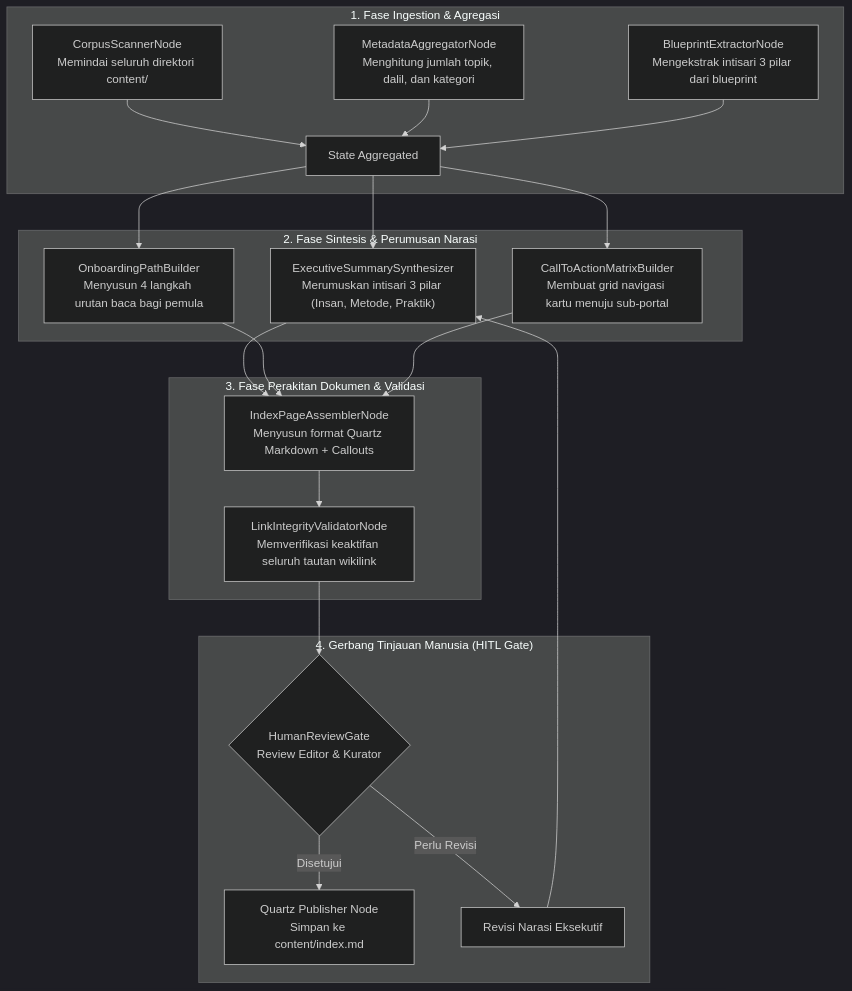
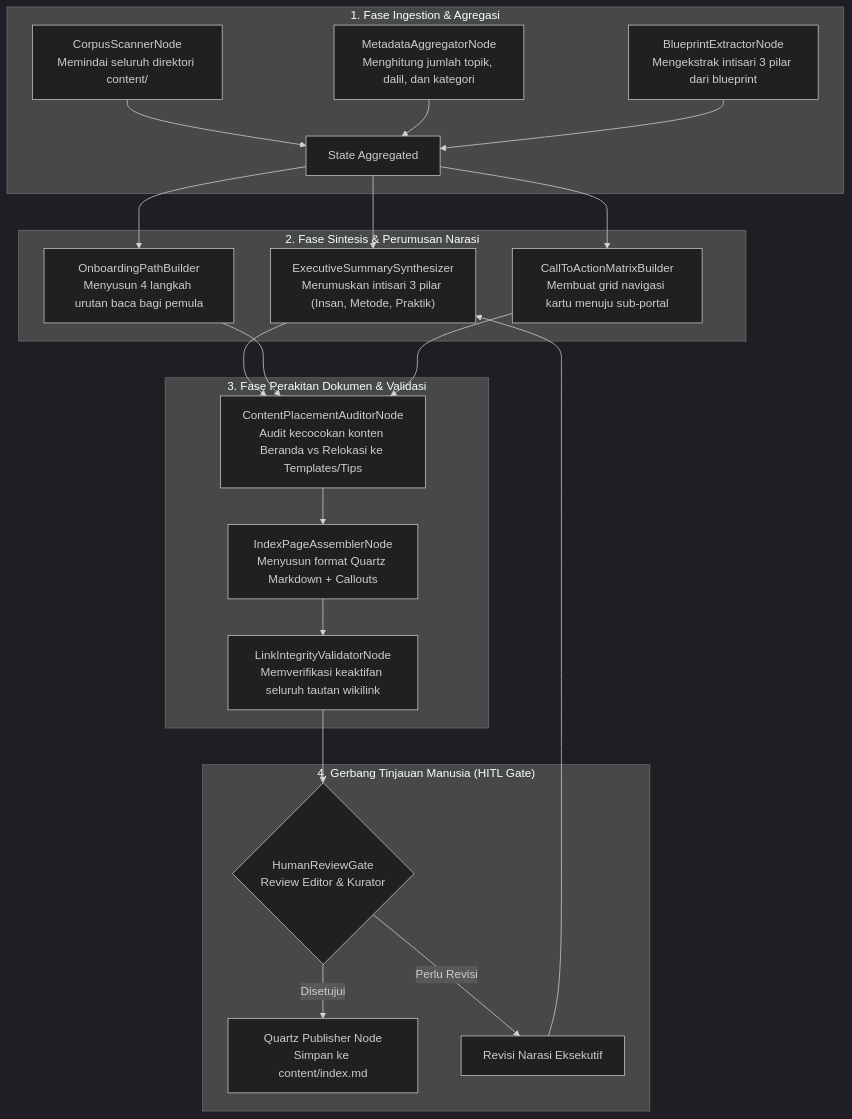
The diagram in pipeline_designs/01_pipeline_halaman_utama.md (decaller/wiki-pkn), drawn with Mermaid (dark theme) before and after one commit. The commit also changed other lines of this file and 12 other files, not shown here.

````diff
--- a/pipeline_designs/01_pipeline_halaman_utama.md
+++ b/pipeline_designs/01_pipeline_halaman_utama.md
@@ -34,32 +34,33 @@
 ```mermaid
 flowchart TD
     subgraph S1["1. Fase Ingestion & Agregasi"]
         N1_1["CorpusScannerNode<br/>Memindai seluruh direktori content/"]
         N1_2["MetadataAggregatorNode<br/>Menghitung jumlah topik, dalil, dan kategori"]
         N1_3["BlueprintExtractorNode<br/>Mengekstrak intisari 3 pilar dari blueprint"]
         N1_1 & N1_2 & N1_3 --> N1_Merge["State Aggregated"]
     end
 
     subgraph S2["2. Fase Sintesis & Perumusan Narasi"]
         N2_1["ExecutiveSummarySynthesizer<br/>Merumuskan intisari 3 pilar (Insan, Metode, Praktik)"]
         N2_2["OnboardingPathBuilder<br/>Menyusun 4 langkah urutan baca bagi pemula"]
         N2_3["CallToActionMatrixBuilder<br/>Membuat grid navigasi kartu menuju sub-portal"]
         N1_Merge --> N2_1 & N2_2 & N2_3
     end
 
     subgraph S3["3. Fase Perakitan Dokumen & Validasi"]
+        N3_0["ContentPlacementAuditorNode<br/>Audit kecocokan konten Beranda vs Relokasi ke Templates/Tips"]
         N3_1["IndexPageAssemblerNode<br/>Menyusun format Quartz Markdown + Callouts"]
         N3_2["LinkIntegrityValidatorNode<br/>Memverifikasi keaktifan seluruh tautan wikilink"]
-        N2_1 & N2_2 & N2_3 --> N3_1 --> N3_2
+        N2_1 & N2_2 & N2_3 --> N3_0 --> N3_1 --> N3_2
     end
 
     subgraph S4["4. Gerbang Tinjauan Manusia (HITL Gate)"]
         N4_HITL{"HumanReviewGate<br/>Review Editor & Kurator"}
         N4_Publish["Quartz Publisher Node<br/>Simpan ke content/index.md"]
         N4_Revision["Revisi Narasi Eksekutif"]
         N3_2 --> N4_HITL
         N4_HITL -->|Disetujui| N4_Publish
         N4_HITL -->|Perlu Revisi| N4_Revision
         N4_Revision --> N2_1
     end
 ```
````
